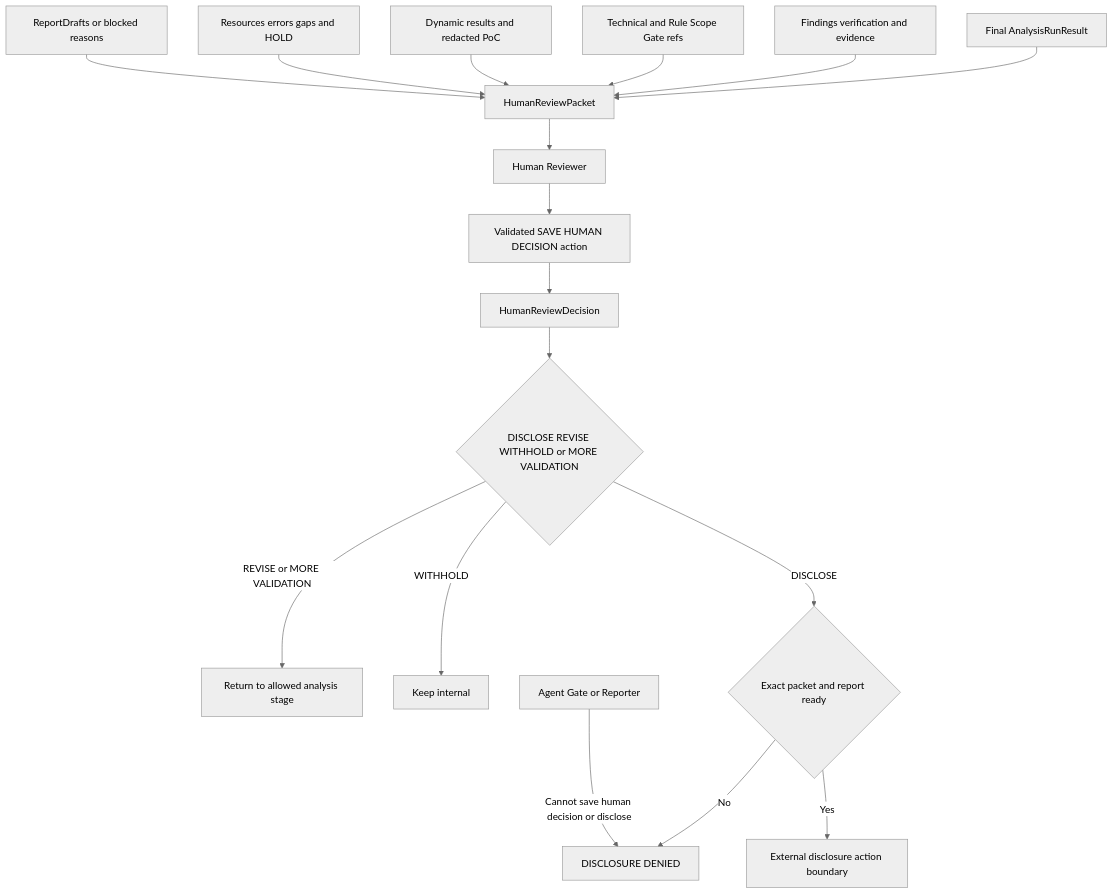
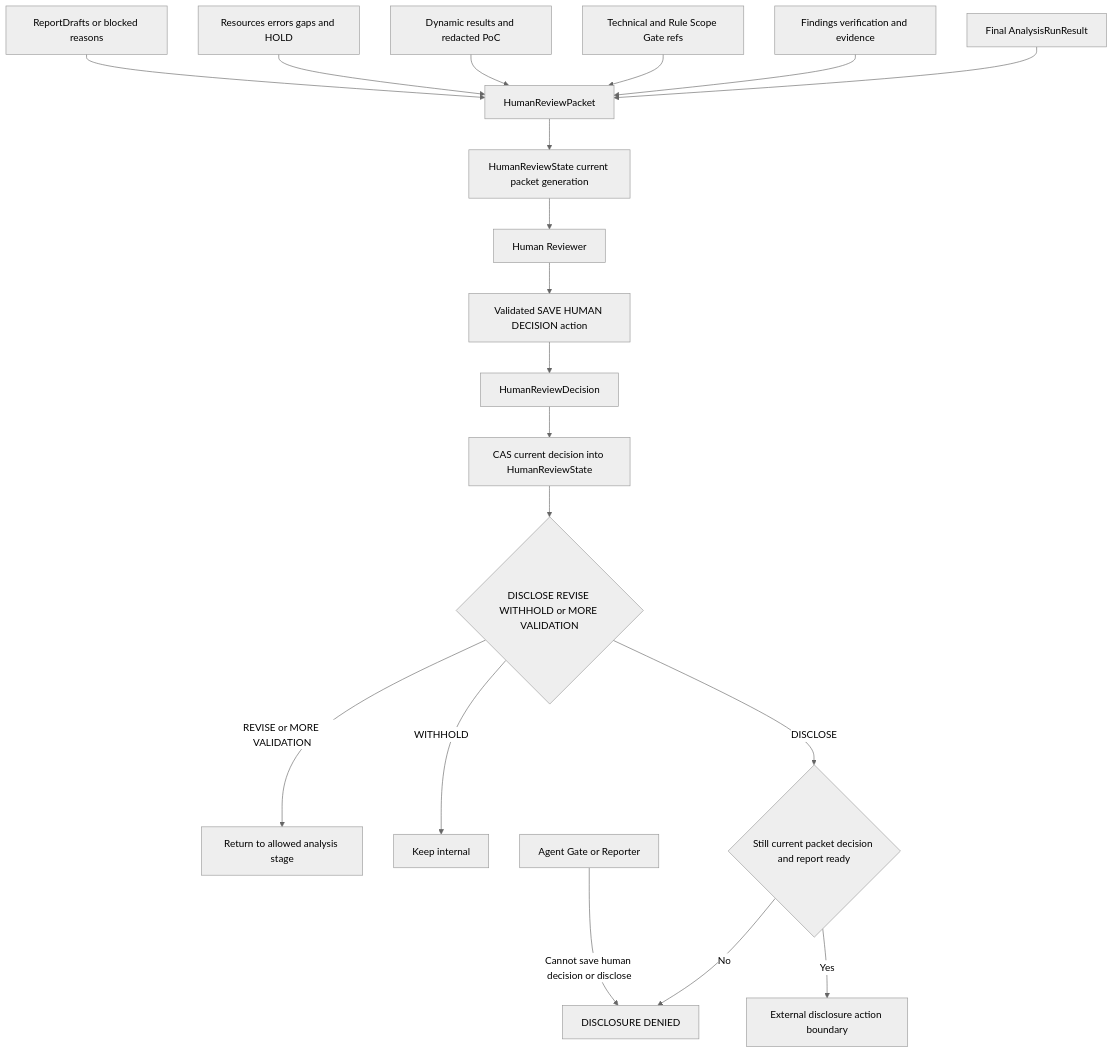
One commit to SASTsimi/sastsimi changed diagram 13 of 13 in docs/architecture-v5/13-architecture-diagrams.md. Above: the diagram before and after it, drawn with Mermaid (neutral theme). The commit also changed other lines of this file and 16 other files, not shown here.

````diff
--- a/docs/architecture-v5/13-architecture-diagrams.md
+++ b/docs/architecture-v5/13-architecture-diagrams.md
@@ -339,19 +345,21 @@
 ```mermaid
 flowchart TB
     RUN[Final AnalysisRunResult] --> PACKET[HumanReviewPacket]
     FIND[Findings verification and evidence] --> PACKET
     GATES[Technical and Rule Scope Gate refs] --> PACKET
     DYNAMIC[Dynamic results and redacted PoC] --> PACKET
     RESOURCE[Resources errors gaps and HOLD] --> PACKET
     REPORT[ReportDrafts or blocked reasons] --> PACKET
-    PACKET --> HUMAN[Human Reviewer]
+    PACKET --> CURRENT[HumanReviewState current packet generation]
+    CURRENT --> HUMAN[Human Reviewer]
     HUMAN --> SAVE[Validated SAVE HUMAN DECISION action]
     SAVE --> DECISION[HumanReviewDecision]
-    DECISION --> KIND{DISCLOSE REVISE WITHHOLD or MORE VALIDATION}
+    DECISION --> STATE[CAS current decision into HumanReviewState]
+    STATE --> KIND{DISCLOSE REVISE WITHHOLD or MORE VALIDATION}
     KIND -->|REVISE or MORE VALIDATION| RETURN[Return to allowed analysis stage]
     KIND -->|WITHHOLD| STOP[Keep internal]
-    KIND -->|DISCLOSE| DISCLOSE{Exact packet and report ready}
+    KIND -->|DISCLOSE| DISCLOSE{Still current packet decision and report ready}
     DISCLOSE -->|No| BLOCK[DISCLOSURE DENIED]
     DISCLOSE -->|Yes| BOUNDARY[External disclosure action boundary]
     AGENT[Agent Gate or Reporter] -->|Cannot save human decision or disclose| BLOCK
 ```
````
